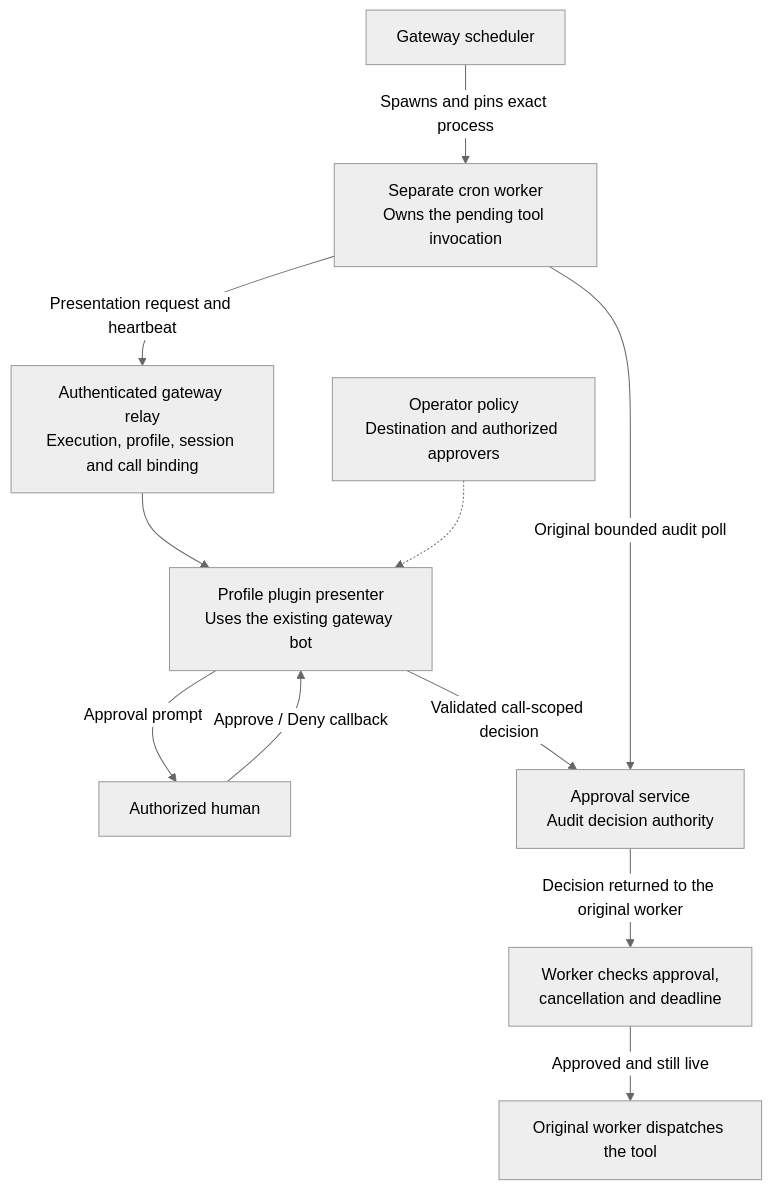
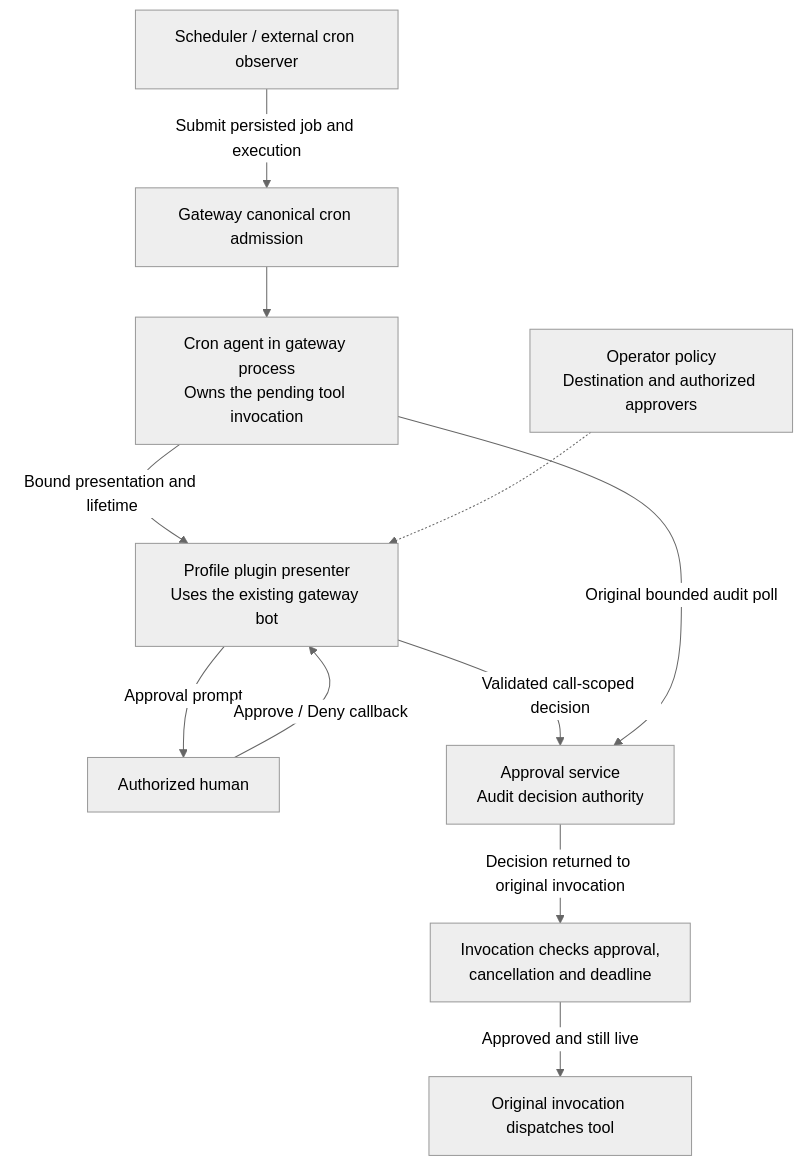
The diagram in website/docs/developer-guide/cron-approval-presentation.md (alexalok/hermes-agent), drawn with Mermaid (neutral theme) before and after one commit. The commit also changed other lines of this file and 19 other files, not shown here.

Commit message:
fix(cron): bind approval presentation to canonical owner

````diff
--- a/website/docs/developer-guide/cron-approval-presentation.md
+++ b/website/docs/developer-guide/cron-approval-presentation.md
@@ -8,13 +8,13 @@
 ```mermaid
 flowchart TD
-    scheduler["Gateway scheduler"] -->|"Spawns and pins exact process"| worker["Separate cron worker<br/>Owns the pending tool invocation"]
-    worker -->|"Presentation request and heartbeat"| relay["Authenticated gateway relay<br/>Execution, profile, session and call binding"]
-    relay --> presenter["Profile plugin presenter<br/>Uses the existing gateway bot"]
+    scheduler["Scheduler / external cron observer"] -->|"Submit persisted job and execution"| owner["Gateway canonical cron admission"]
+    owner --> agent["Cron agent in gateway process<br/>Owns the pending tool invocation"]
+    agent -->|"Bound presentation and lifetime"| presenter["Profile plugin presenter<br/>Uses the existing gateway bot"]
     policy["Operator policy<br/>Destination and authorized approvers"] -.-> presenter
     presenter -->|"Approval prompt"| human["Authorized human"]
     human -->|"Approve / Deny callback"| presenter
     presenter -->|"Validated call-scoped decision"| audit["Approval service<br/>Audit decision authority"]
-    worker -->|"Original bounded audit poll"| audit
-    audit -->|"Decision returned to the original worker"| guard["Worker checks approval,<br/>cancellation and deadline"]
-    guard -->|"Approved and still live"| tool["Original worker dispatches the tool"]
+    agent -->|"Original bounded audit poll"| audit
+    audit -->|"Decision returned to original invocation"| guard["Invocation checks approval,<br/>cancellation and deadline"]
+    guard -->|"Approved and still live"| tool["Original invocation dispatches tool"]
 ```
````
